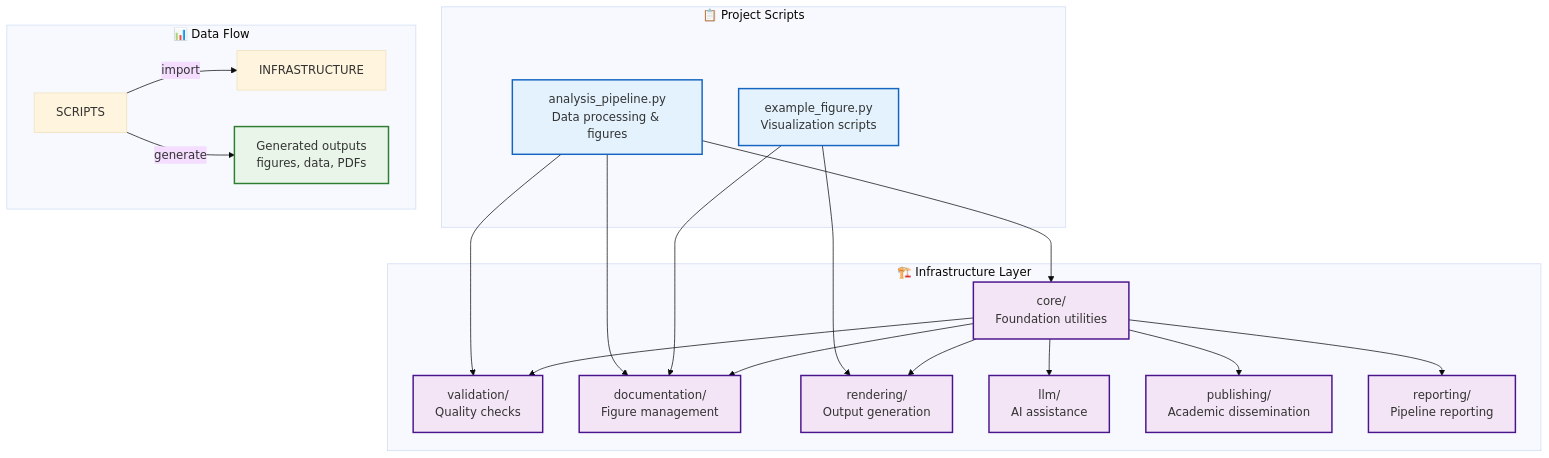
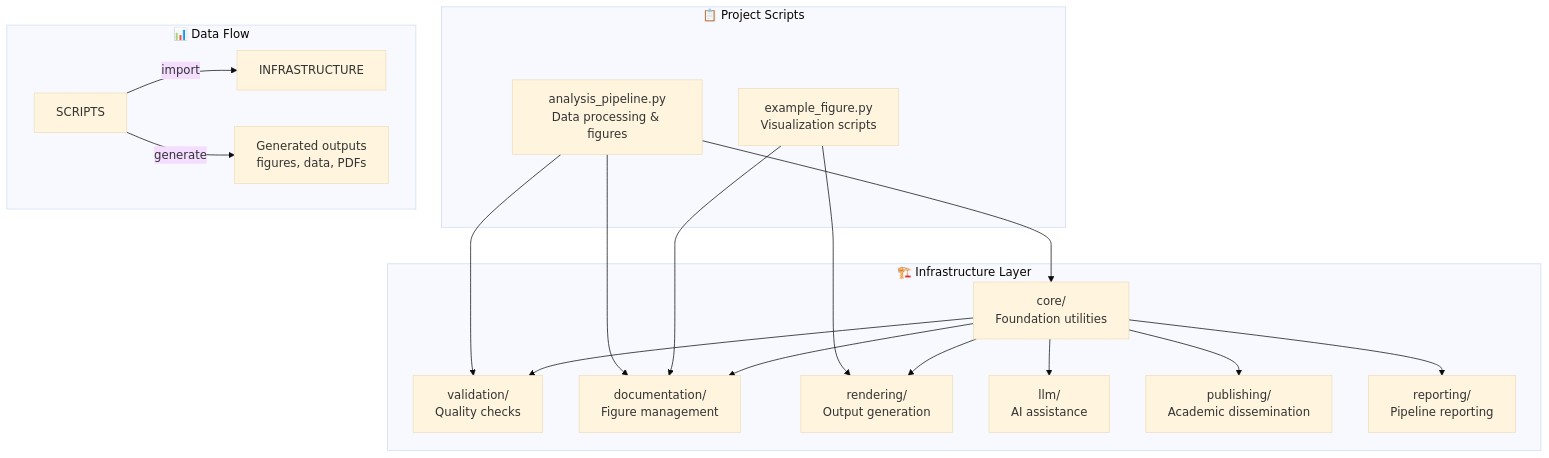
One commit to docxology/template changed the second of 5 diagrams in infrastructure/README.md. Above: the diagram before and after it, drawn with Mermaid (base theme). The commit also changed other lines of this file and 243 other files, not shown here.

````diff
--- a/infrastructure/README.md
+++ b/infrastructure/README.md
@@ -62,44 +57,40 @@
 ```mermaid
 flowchart TD
     subgraph "📋 Project Scripts"
         ANALYSIS[analysis_pipeline.py<br/>Data processing & figures]
         FIGURES[example_figure.py<br/>Visualization scripts]
     end
 
     subgraph "🏗️ Infrastructure Layer"
         CORE_MOD[core/<br/>Foundation utilities]
         VALIDATION_MOD[validation/<br/>Quality checks]
         DOCUMENTATION_MOD[documentation/<br/>Figure management]
         RENDERING_MOD[rendering/<br/>Output generation]
         LLM_MOD[llm/<br/>AI assistance]
         PUBLISHING_MOD[publishing/<br/>Academic dissemination]
         REPORTING_MOD[reporting/<br/>Pipeline reporting]
     end
 
     subgraph "📊 Data Flow"
         SCRIPTS -->|import| INFRASTRUCTURE
         SCRIPTS -->|generate| OUTPUTS[Generated outputs<br/>figures, data, PDFs]
     end
 
     ANALYSIS --> CORE_MOD
     ANALYSIS --> DOCUMENTATION_MOD
     ANALYSIS --> VALIDATION_MOD
 
     FIGURES --> DOCUMENTATION_MOD
     FIGURES --> RENDERING_MOD
 
     CORE_MOD --> VALIDATION_MOD
     CORE_MOD --> DOCUMENTATION_MOD
     CORE_MOD --> RENDERING_MOD
     CORE_MOD --> LLM_MOD
     CORE_MOD --> PUBLISHING_MOD
     CORE_MOD --> REPORTING_MOD
 
-    classDef scripts fill:#e3f2fd,stroke:#1565c0,stroke-width:2px
-    classDef infra fill:#f3e5f5,stroke:#4a148c,stroke-width:2px
-    classDef output fill:#e8f5e8,stroke:#2e7d32,stroke-width:2px
-
     class ANALYSIS,FIGURES scripts
     class CORE_MOD,VALIDATION_MOD,DOCUMENTATION_MOD,RENDERING_MOD,LLM_MOD,PUBLISHING_MOD,REPORTING_MOD infra
     class OUTPUTS output
 ```
````
